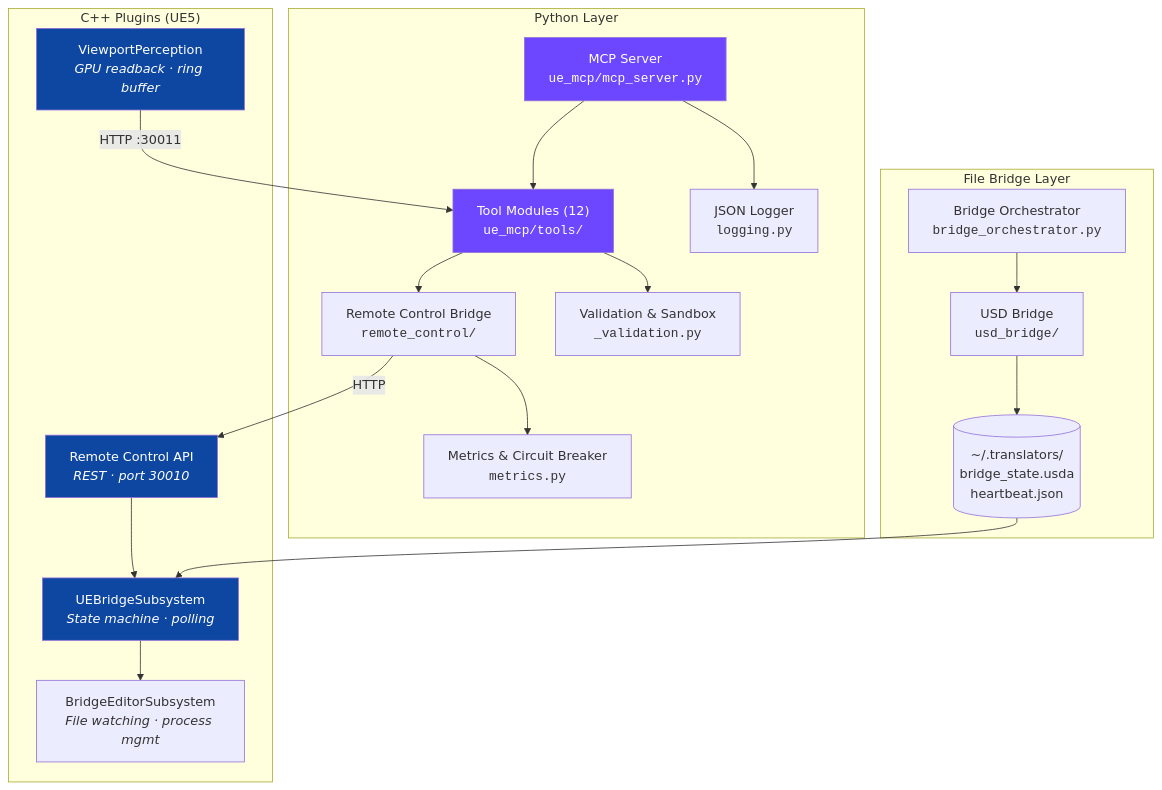
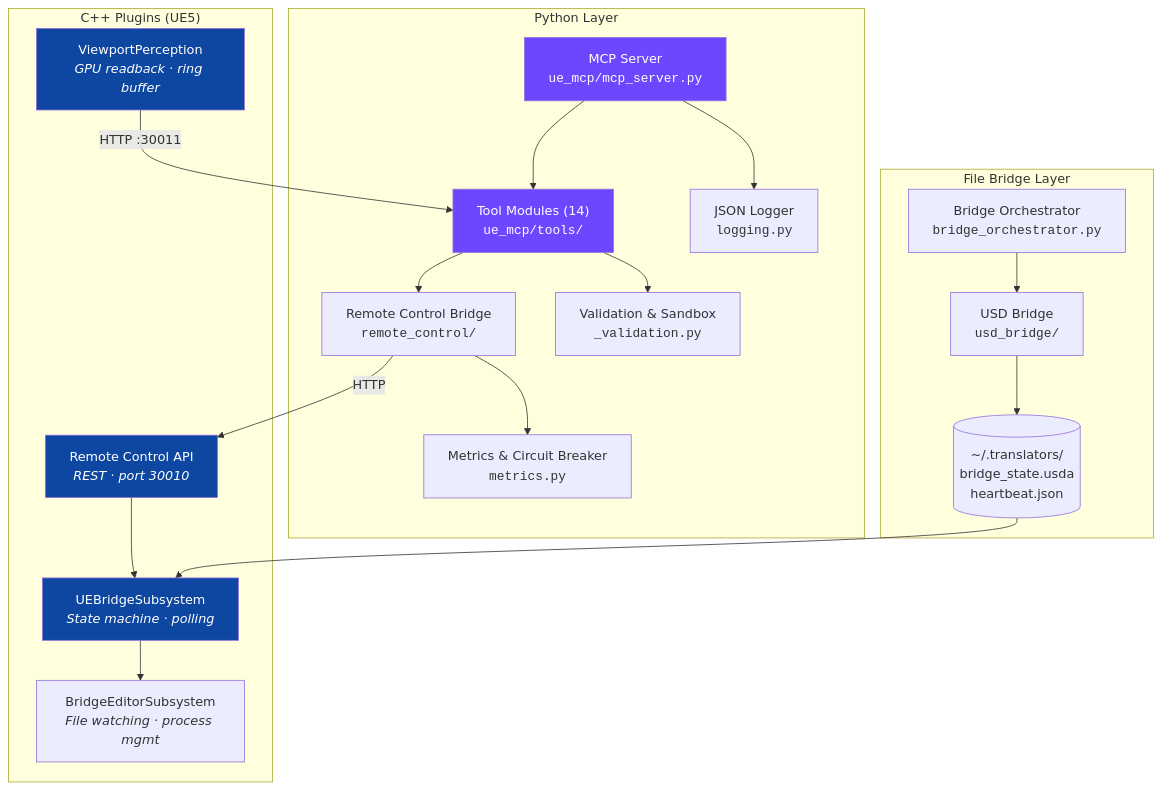
One commit to JosephOIbrahim/UnrealEngine_Bridge changed the second of 2 diagrams in README.md. Above: the diagram before and after it, drawn with Mermaid. The commit also changed other lines of this file, not shown here.

First line of the commit message:
docs(readme): reflect current status — 56 tools / 14 modules / 415 tests (#2)

````diff
--- a/README.md
+++ b/README.md
@@ -195,43 +212,43 @@
 ```mermaid
 graph TB
     subgraph "Python Layer"
         MCP["MCP Server<br/><code>ue_mcp/mcp_server.py</code>"]
-        Tools["Tool Modules (12)<br/><code>ue_mcp/tools/</code>"]
+        Tools["Tool Modules (14)<br/><code>ue_mcp/tools/</code>"]
         RC["Remote Control Bridge<br/><code>remote_control/</code>"]
         Val["Validation & Sandbox<br/><code>_validation.py</code>"]
         Met["Metrics & Circuit Breaker<br/><code>metrics.py</code>"]
         Log["JSON Logger<br/><code>logging.py</code>"]
     end
 
     subgraph "File Bridge Layer"
         Orch["Bridge Orchestrator<br/><code>bridge_orchestrator.py</code>"]
         USD["USD Bridge<br/><code>usd_bridge/</code>"]
         FS[("~/.translators/<br/>bridge_state.usda<br/>heartbeat.json")]
     end
 
     subgraph "C++ Plugins (UE5)"
         Sub["UEBridgeSubsystem<br/><i>State machine · polling</i>"]
         Ed["BridgeEditorSubsystem<br/><i>File watching · process mgmt</i>"]
         VP["ViewportPerception<br/><i>GPU readback · ring buffer</i>"]
         RCAPI["Remote Control API<br/><i>REST · port 30010</i>"]
     end
 
     MCP --> Tools
     Tools --> Val
     Tools --> RC
     RC --> Met
     MCP --> Log
     RC -- "HTTP" --> RCAPI
     RCAPI --> Sub
     Orch --> USD
     USD --> FS
     FS --> Sub
     Sub --> Ed
     VP -- "HTTP :30011" --> Tools
 
     style MCP fill:#6C47FF,color:#fff
     style Tools fill:#6C47FF,color:#fff
     style RCAPI fill:#0d47a1,color:#fff
     style Sub fill:#0d47a1,color:#fff
     style VP fill:#0d47a1,color:#fff
 ```
````
